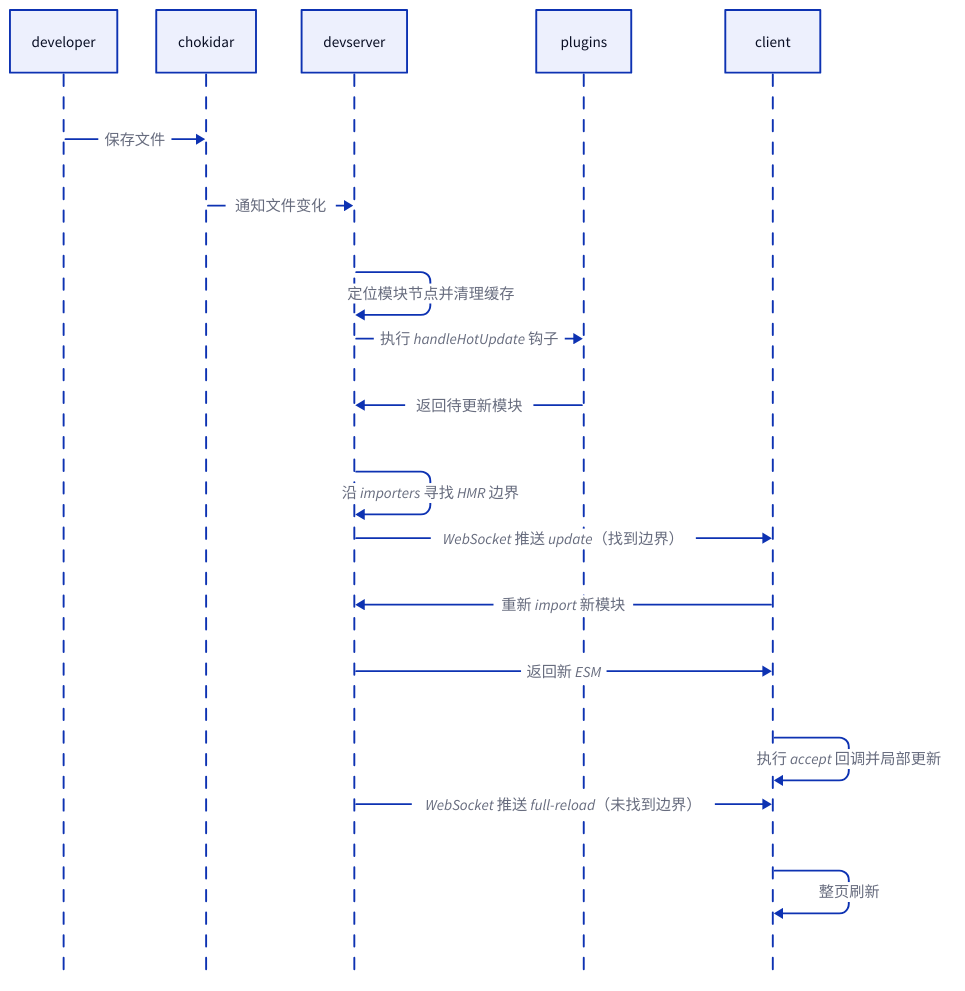
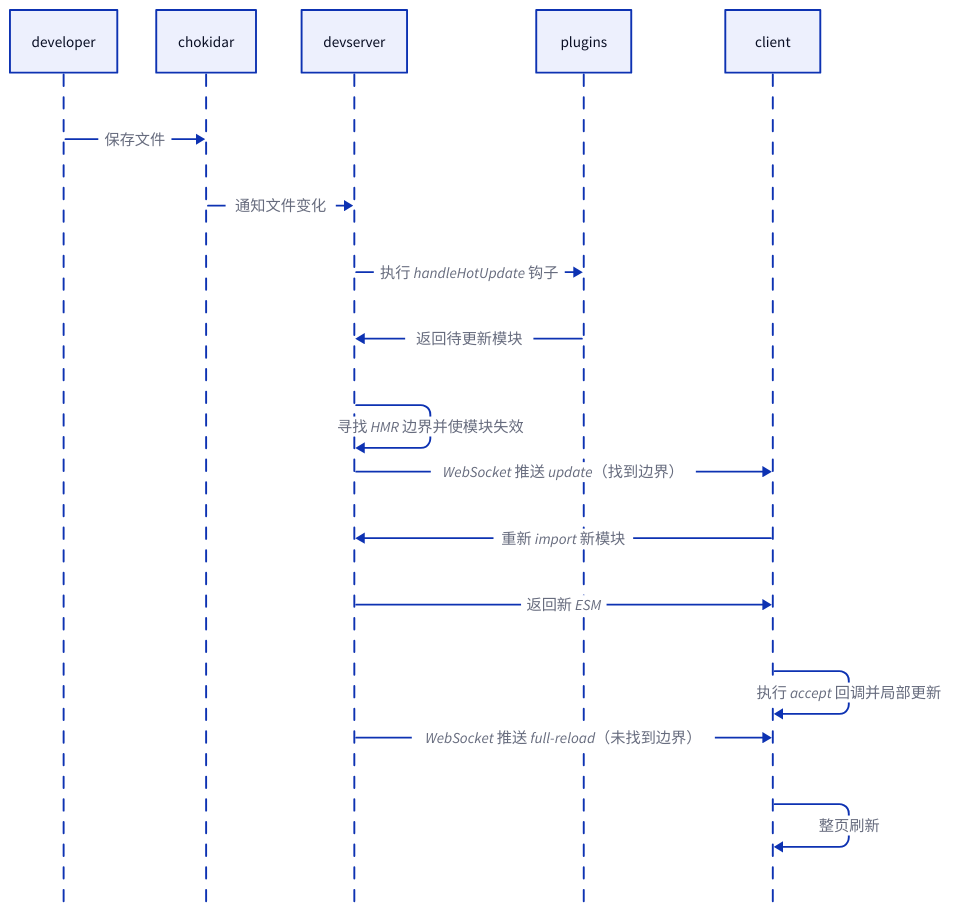
The fourth of 5 diagrams in apps/docs/experiences/构建工具/Vite 原理与实践.md (youngluo/thinking), drawn with D2 before and after one commit. The commit also changed other lines of this file and 5 other files, not shown here.

````diff
--- a/apps/docs/experiences/构建工具/Vite 原理与实践.md
+++ b/apps/docs/experiences/构建工具/Vite 原理与实践.md
@@ -211,18 +172,17 @@
 ```d2 maxHeight=420
 shape: sequence_diagram
 
 developer -> chokidar: 保存文件
 chokidar -> devserver: 通知文件变化
-devserver -> devserver: 定位模块节点并清理缓存
 devserver -> plugins: 执行 handleHotUpdate 钩子
 plugins -> devserver: 返回待更新模块
-devserver -> devserver: 沿 importers 寻找 HMR 边界
+devserver -> devserver: 寻找 HMR 边界并使模块失效
 
 devserver -> client: WebSocket 推送 update（找到边界）
 client -> devserver: 重新 import 新模块
 devserver -> client: 返回新 ESM
 client -> client: 执行 accept 回调并局部更新
 
 devserver -> client: WebSocket 推送 full-reload（未找到边界）
 client -> client: 整页刷新
 ```
````
